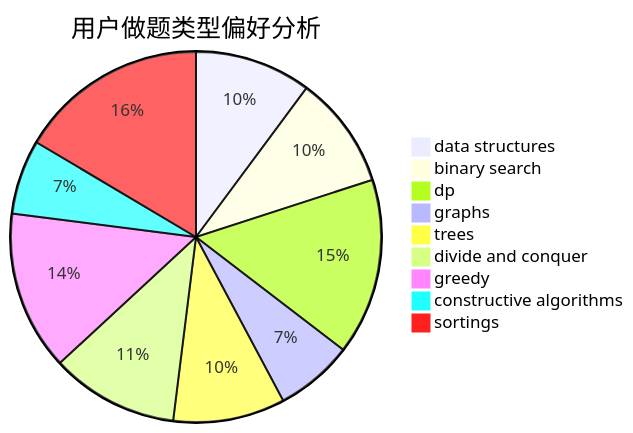
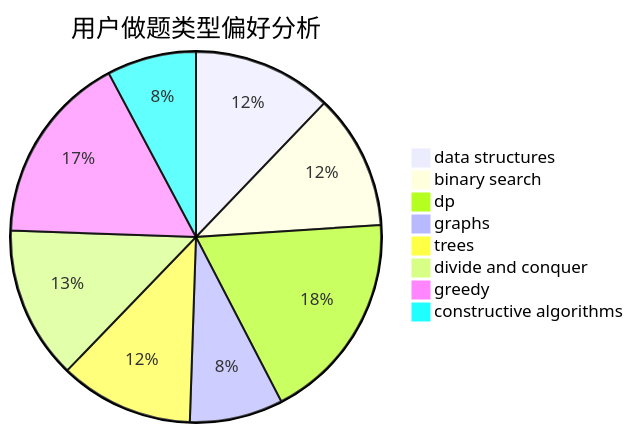
The second of 3 diagrams in docs/user/u1415.md (sherpahu/cfrs.github.io), drawn with Mermaid before and after one commit. The commit also changed other lines of this file and 2769 other files, not shown here.

````diff
--- a/docs/user/u1415.md
+++ b/docs/user/u1415.md
@@ -18,12 +18,11 @@
 ```mermaid
 pie title 用户做题类型偏好分析
     "data structures" :  103
     "binary search" :  100
     "dp" :  156
     "graphs" :  69
     "trees" :  99
     "divide and conquer" :  113
     "greedy" :  141
     "constructive algorithms" :  66
-    "sortings" :  167
 ```
````
